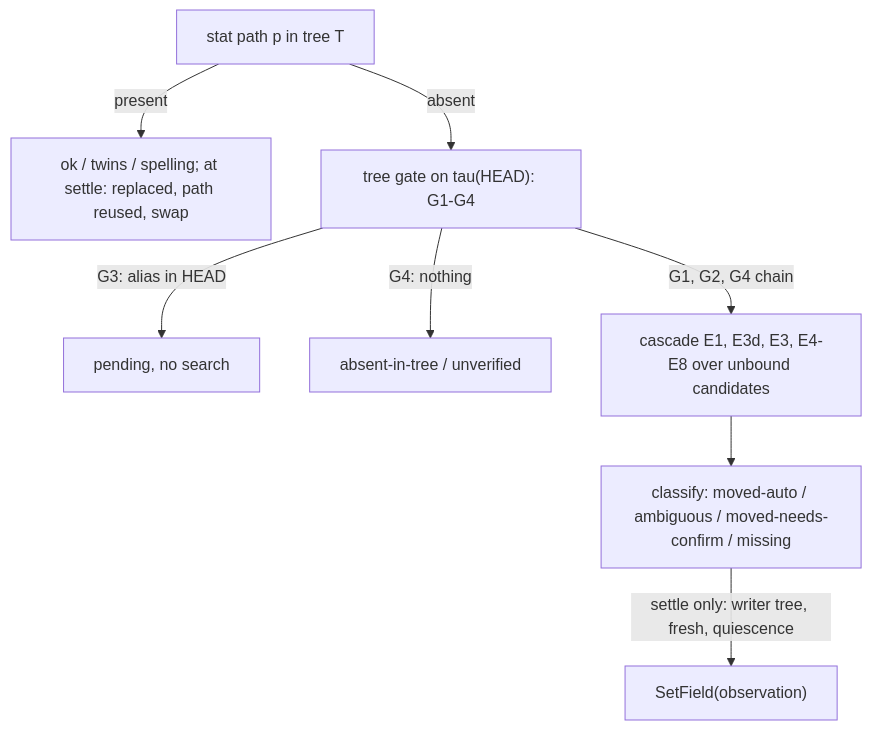
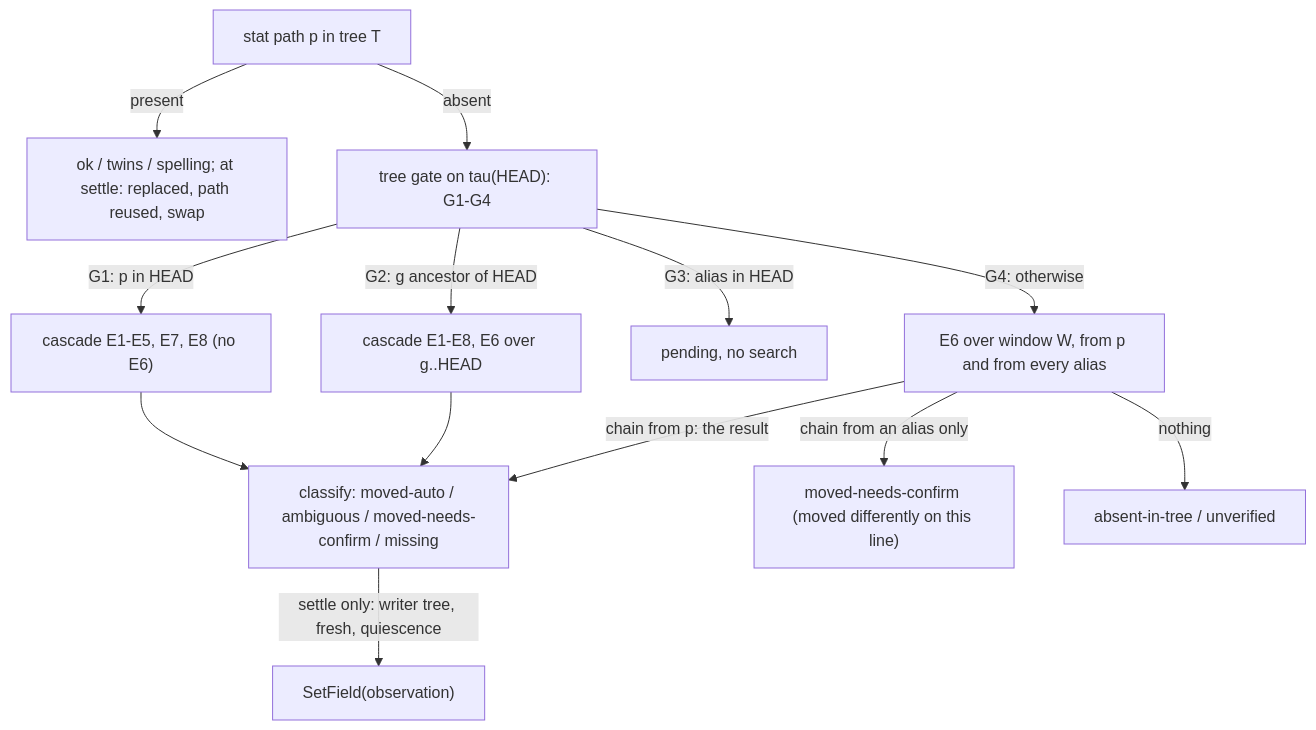
One commit to bluesteelll/moirai changed the diagram in docs/architecture-approval-ru/08-filelinks.md. Above: the diagram before and after it, drawn with Mermaid. The commit also changed other lines of this file and 17 other files, not shown here.

First line of the commit message:
Complete the Russian architecture description for owner approval

````diff
--- a/docs/architecture-approval-ru/08-filelinks.md
+++ b/docs/architecture-approval-ru/08-filelinks.md
@@ -149,10 +151,15 @@
 ```mermaid
 flowchart TD
   A["stat path p in tree T"] -->|"present"| B["ok / twins / spelling; at settle: replaced, path reused, swap"]
   A -->|"absent"| G["tree gate on tau(HEAD): G1-G4"]
+  G -->|"G1: p in HEAD"| C1["cascade E1-E5, E7, E8 (no E6)"]
+  G -->|"G2: g ancestor of HEAD"| C2["cascade E1-E8, E6 over g..HEAD"]
   G -->|"G3: alias in HEAD"| P["pending, no search"]
-  G -->|"G4: nothing"| X["absent-in-tree / unverified"]
-  G -->|"G1, G2, G4 chain"| C["cascade E1, E3d, E3, E4-E8 over unbound candidates"]
-  C --> K["classify: moved-auto / ambiguous / moved-needs-confirm / missing"]
-  K -->|"settle only: writer tree, fresh, quiescence"| W["SetField(observation)"]
+  G -->|"G4: otherwise"| W4["E6 over window W, from p and from every alias"]
+  W4 -->|"chain from p: the result"| K
+  W4 -->|"chain from an alias only"| M["moved-needs-confirm (moved differently on this line)"]
+  W4 -->|"nothing"| X["absent-in-tree / unverified"]
+  C1 --> K["classify: moved-auto / ambiguous / moved-needs-confirm / missing"]
+  C2 --> K
+  K -->|"settle only: writer tree, fresh, quiescence"| Wr["SetField(observation)"]
 ```
````
